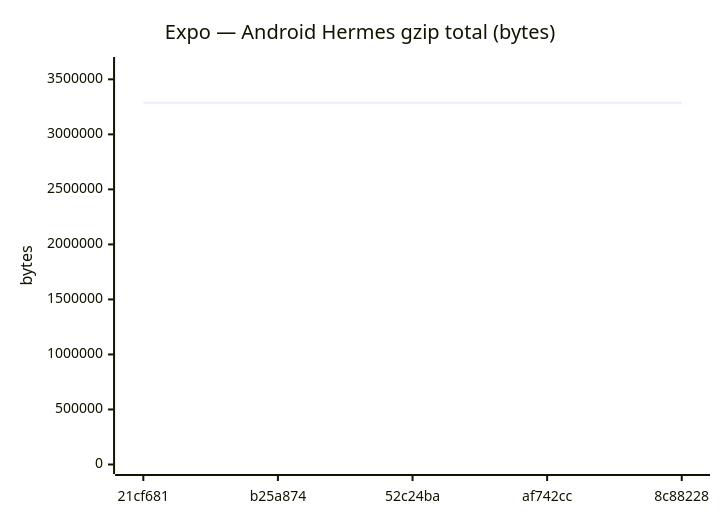
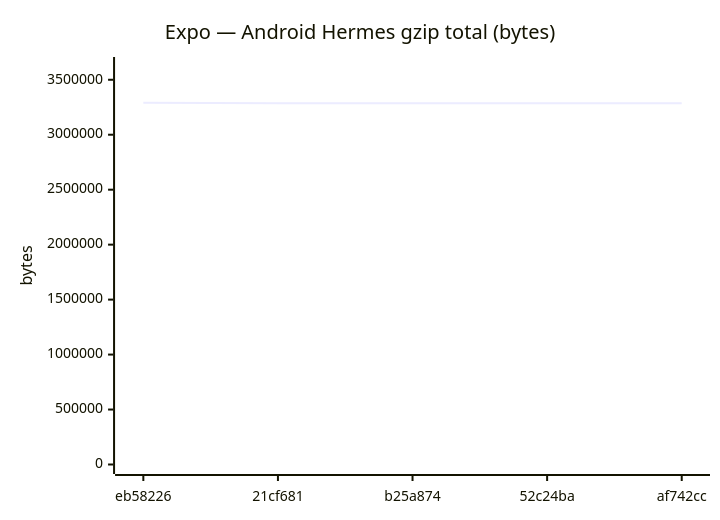
One commit to Metaheurist/Rianell changed diagram 11 of 18 in benchmarks/compare.md. Above: the diagram before and after it, drawn with Mermaid. The commit also changed other lines of this file and 11 other files, not shown here.

````diff
--- a/benchmarks/compare.md
+++ b/benchmarks/compare.md
@@ -172,7 +172,7 @@
 ```mermaid
 xychart-beta
     title "Expo — Android Hermes gzip total (bytes)"
-    x-axis ["21cf681", "b25a874", "52c24ba", "af742cc", "8c88228"]
-    y-axis "bytes" 0 --> 3616656
-    line [3287427, 3287424, 3287423, 3287424, 3287869]
+    x-axis ["eb58226", "21cf681", "b25a874", "52c24ba", "af742cc"]
+    y-axis "bytes" 0 --> 3620611
+    line [3291464, 3287427, 3287424, 3287423, 3287424]
 ```
````
